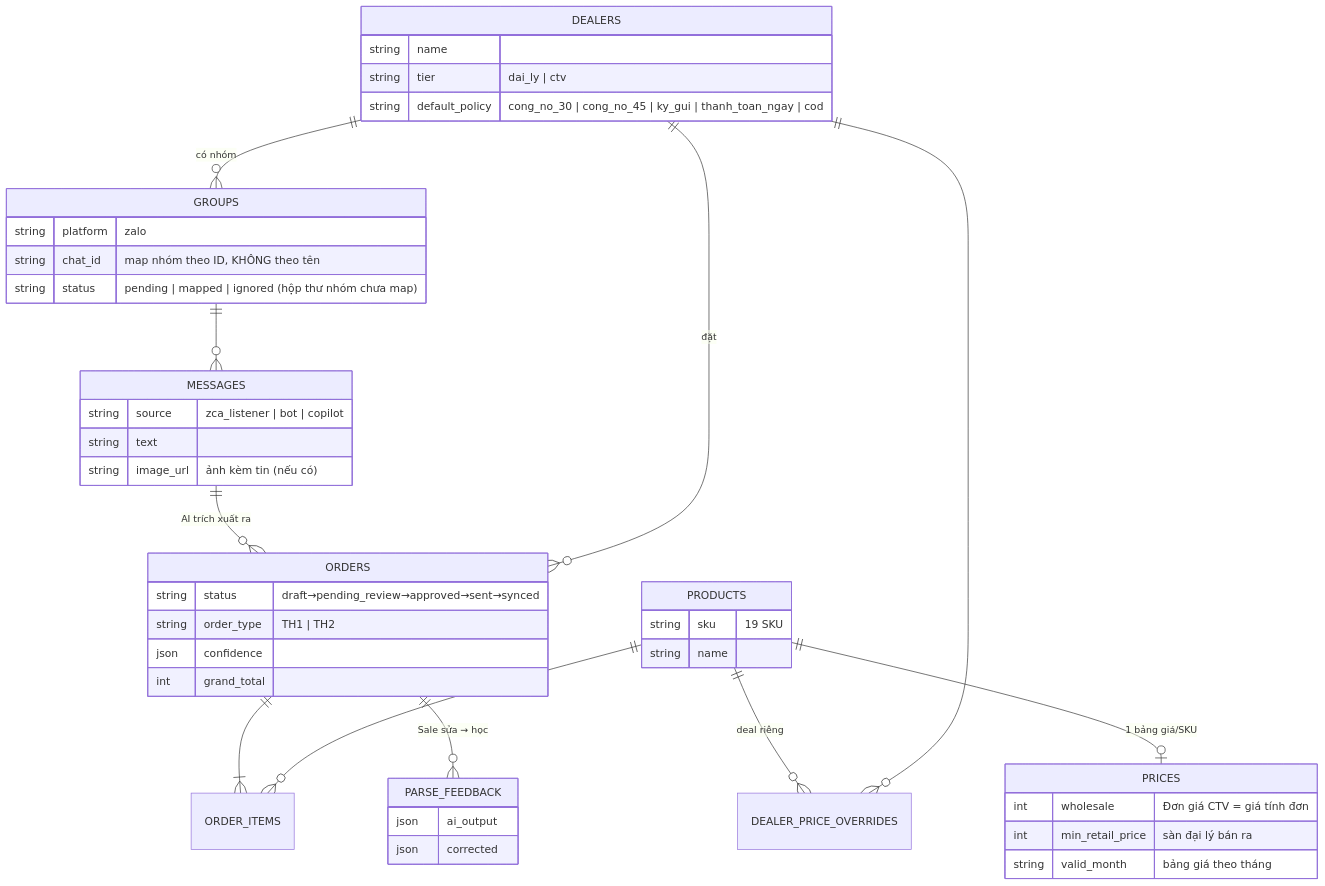
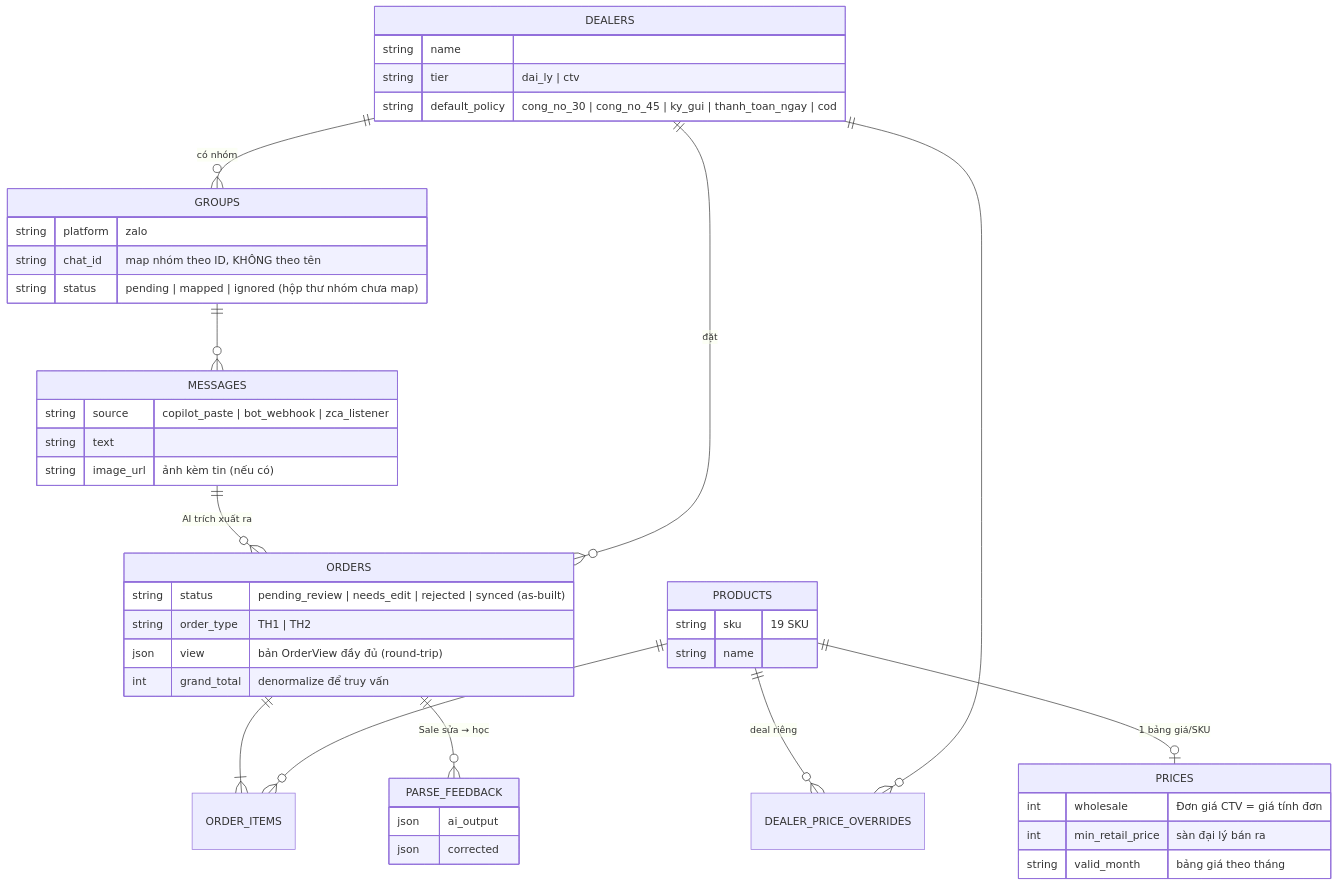
One commit to phungtienviet14-sketch/nexagnet-platform changed the tenth of 12 diagrams in docs/so-do-he-thong.md. Above: the diagram before and after it, drawn with Mermaid. The commit also changed other lines of this file and 17 other files, not shown here.

````diff
--- a/docs/so-do-he-thong.md
+++ b/docs/so-do-he-thong.md
@@ -197,48 +374,48 @@
 ```mermaid
 erDiagram
     DEALERS ||--o{ GROUPS : "có nhóm"
     GROUPS ||--o{ MESSAGES : ""
     MESSAGES ||--o{ ORDERS : "AI trích xuất ra"
     ORDERS ||--|{ ORDER_ITEMS : ""
     PRODUCTS ||--o{ ORDER_ITEMS : ""
     PRODUCTS ||--o| PRICES : "1 bảng giá/SKU"
     PRODUCTS ||--o{ DEALER_PRICE_OVERRIDES : "deal riêng"
     DEALERS ||--o{ DEALER_PRICE_OVERRIDES : ""
     DEALERS ||--o{ ORDERS : "đặt"
     ORDERS ||--o{ PARSE_FEEDBACK : "Sale sửa → học"
 
     DEALERS {
         string name
         string tier "dai_ly | ctv"
         string default_policy "cong_no_30 | cong_no_45 | ky_gui | thanh_toan_ngay | cod"
     }
     GROUPS {
         string platform "zalo"
         string chat_id "map nhóm theo ID, KHÔNG theo tên"
         string status "pending | mapped | ignored (hộp thư nhóm chưa map)"
     }
     MESSAGES {
-        string source "zca_listener | bot | copilot"
+        string source "copilot_paste | bot_webhook | zca_listener"
         string text
         string image_url "ảnh kèm tin (nếu có)"
     }
     ORDERS {
-        string status "draft→pending_review→approved→sent→synced"
+        string status "pending_review | needs_edit | rejected | synced (as-built)"
         string order_type "TH1 | TH2"
-        json confidence
-        int grand_total
+        json view "bản OrderView đầy đủ (round-trip)"
+        int grand_total "denormalize để truy vấn"
     }
     PRODUCTS {
         string sku "19 SKU"
         string name
     }
     PRICES {
         int wholesale "Đơn giá CTV = giá tính đơn"
         int min_retail_price "sàn đại lý bán ra"
         string valid_month "bảng giá theo tháng"
     }
     PARSE_FEEDBACK {
         json ai_output
         json corrected
     }
 ```
````
